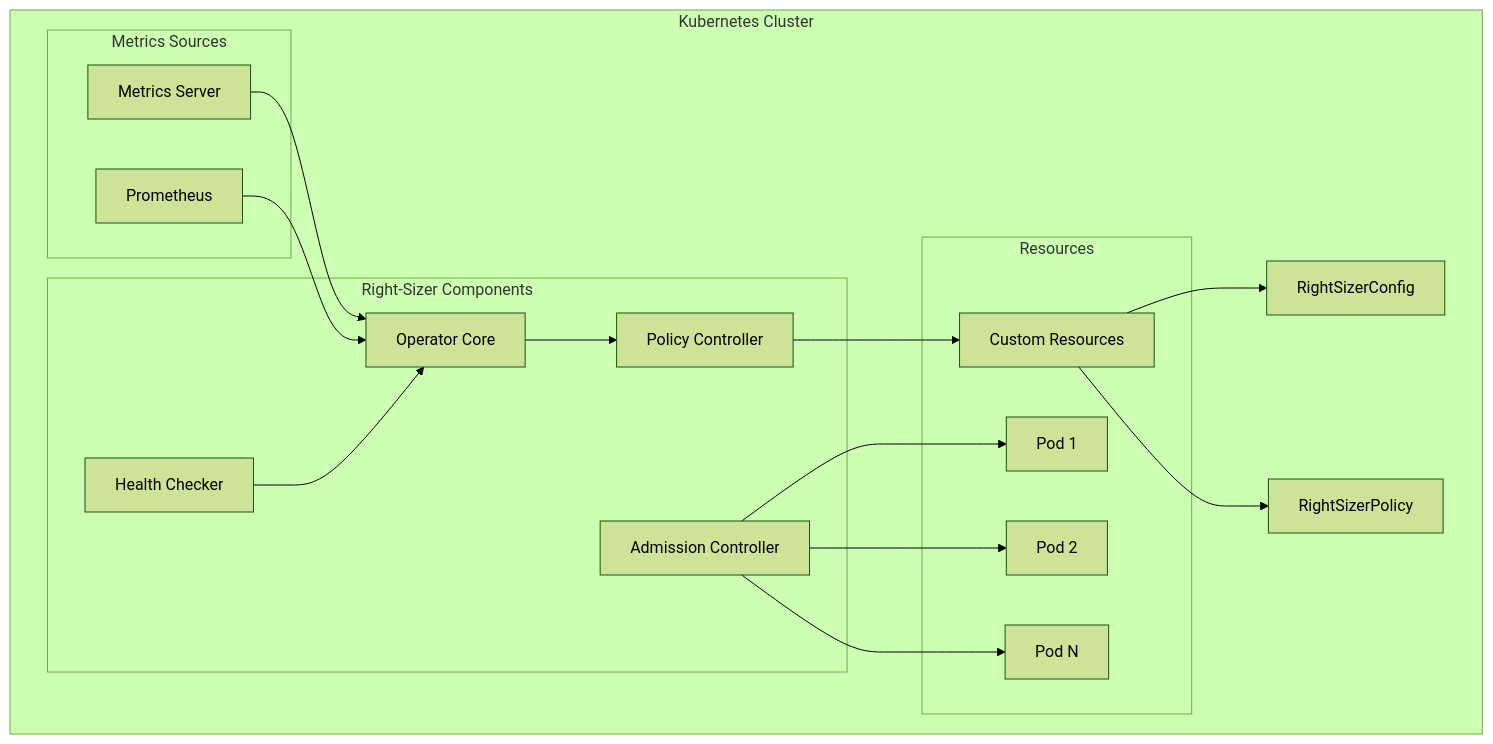
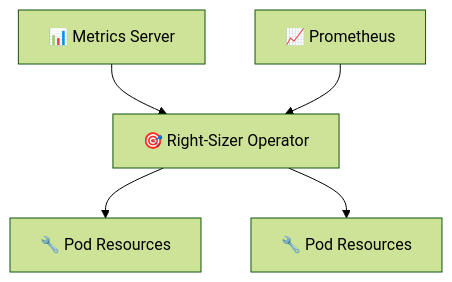
Before and after one commit to aavishay/right-sizer: the first of 4 diagrams in README.md, drawn with Mermaid (forest theme). The commit also changed other lines of this file, not shown here.

First line of the commit message:
📊 Streamline README: Simplify architecture diagrams, remove complex sections

````diff
--- a/README.md
+++ b/README.md
@@ -298,34 +300,7 @@
 ```mermaid
 graph TB
-    subgraph "Kubernetes Cluster"
-        subgraph "Metrics Sources"
-            MS[Metrics Server]
-            PR[Prometheus]
-        end
-
-        subgraph "Right-Sizer Components"
-            OP[Operator Core]
-            PC[Policy Controller]
-            AC[Admission Controller]
-            HC[Health Checker]
-        end
-
-        subgraph "Resources"
-            CR[Custom Resources]
-            P1[Pod 1]
-            P2[Pod 2]
-            P3[Pod N]
-        end
-
-        MS --> OP
-        PR --> OP
-        OP --> PC
-        PC --> CR
-        AC --> P1
-        AC --> P2
-        AC --> P3
-        CR --> RC[RightSizerConfig]
-        CR --> RP[RightSizerPolicy]
-        HC --> OP
-    end
+    MS[📊 Metrics Server] --> OP[🎯 Right-Sizer Operator]
+    PR[📈 Prometheus] --> OP
+    OP --> P1[🔧 Pod Resources]
+    OP --> P2[🔧 Pod Resources]
 ```
````
